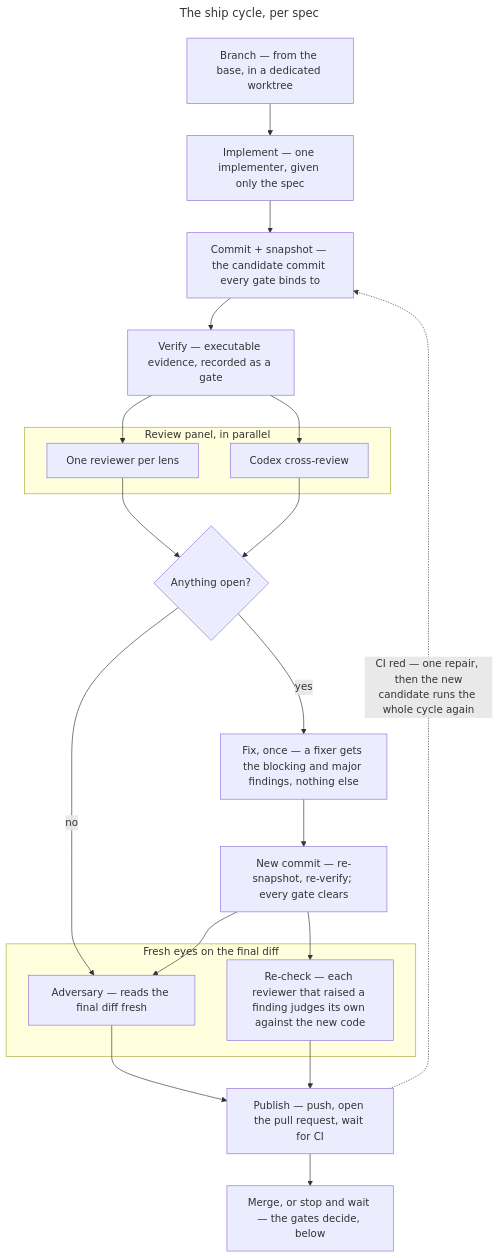
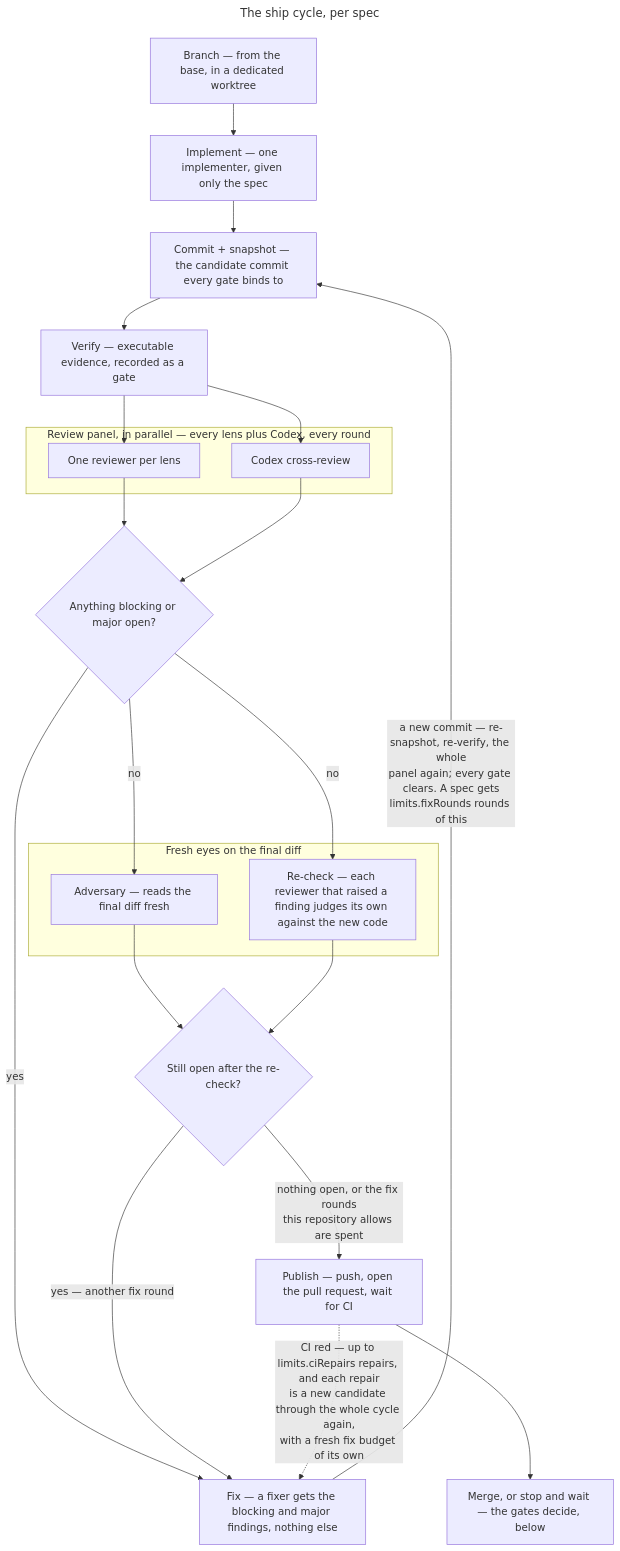
One commit to Smiley73/tagteam changed the third of 4 diagrams in README.md. Above: the diagram before and after it, drawn with Mermaid. The commit also changed other lines of this file and 8 other files, not shown here.

Commit message:
feat: show what is left of each budget, and describe the loops as loops

````diff
--- a/README.md
+++ b/README.md
@@ -113,44 +118,45 @@
 ```mermaid
 ---
 title: The ship cycle, per spec
 ---
 flowchart TD
     branch["Branch — from the base, in a dedicated worktree"]
     implement["Implement — one implementer, given only the spec"]
     snapshot["Commit + snapshot — the candidate commit every gate binds to"]
     verify["Verify — executable evidence, recorded as a gate"]
     lenses["One reviewer per lens"]
     codexr["Codex cross-review"]
-    open{"Anything open?"}
-    fixer["Fix, once — a fixer gets the blocking and major findings, nothing else"]
-    rebind["New commit — re-snapshot, re-verify; every gate clears"]
+    open{"Anything blocking or major open?"}
+    fixer["Fix — a fixer gets the blocking and major findings, nothing else"]
     adv["Adversary — reads the final diff fresh"]
     recheck["Re-check — each reviewer that raised a finding judges its own against the new code"]
+    settle{"Still open after the re-check?"}
     publish["Publish — push, open the pull request, wait for CI"]
     outcome["Merge, or stop and wait — the gates decide, below"]
 
     branch --> implement
     implement --> snapshot
     snapshot --> verify
-    subgraph panel["Review panel, in parallel"]
+    subgraph panel["Review panel, in parallel — every lens plus Codex, every round"]
         lenses
         codexr
     end
     verify --> lenses
     verify --> codexr
     lenses --> open
     codexr --> open
     open -->|"yes"| fixer
-    fixer --> rebind
+    fixer -->|"a new commit — re-snapshot, re-verify, the whole<br>panel again; every gate clears. A spec gets<br>limits.fixRounds rounds of this"| snapshot
     subgraph final["Fresh eyes on the final diff"]
         adv
         recheck
     end
     open -->|"no"| adv
-    rebind --> adv
-    rebind --> recheck
-    adv --> publish
-    recheck --> publish
-    publish -. "CI red — one repair, then the new<br>candidate runs the whole cycle again" .-> snapshot
+    open -->|"no"| recheck
+    adv --> settle
+    recheck --> settle
+    settle -->|"yes — another fix round"| fixer
+    settle -->|"nothing open, or the fix rounds<br>this repository allows are spent"| publish
+    publish -. "CI red — up to limits.ciRepairs repairs, and each repair<br>is a new candidate through the whole cycle again,<br>with a fresh fix budget of its own" .-> fixer
     publish --> outcome
 ```
````
